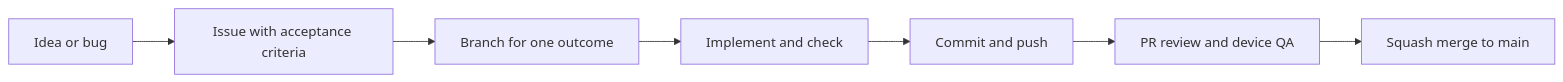
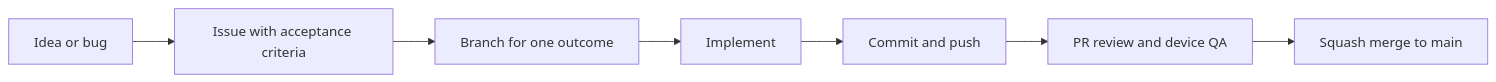
One commit to avellir/Cal-Ai changed the diagram in CONTRIBUTING.md. Above: the diagram before and after it, drawn with Mermaid. The commit also changed other lines of this file and 4 other files, not shown here.

````diff
--- a/CONTRIBUTING.md
+++ b/CONTRIBUTING.md
@@ -5,9 +5,9 @@
 ```mermaid
 flowchart LR
   A[Idea or bug] --> B[Issue with acceptance criteria]
   B --> C[Branch for one outcome]
-  C --> D[Implement and check]
+  C --> D[Implement]
   D --> E[Commit and push]
   E --> F[PR review and device QA]
   F --> G[Squash merge to main]
 ```
````
